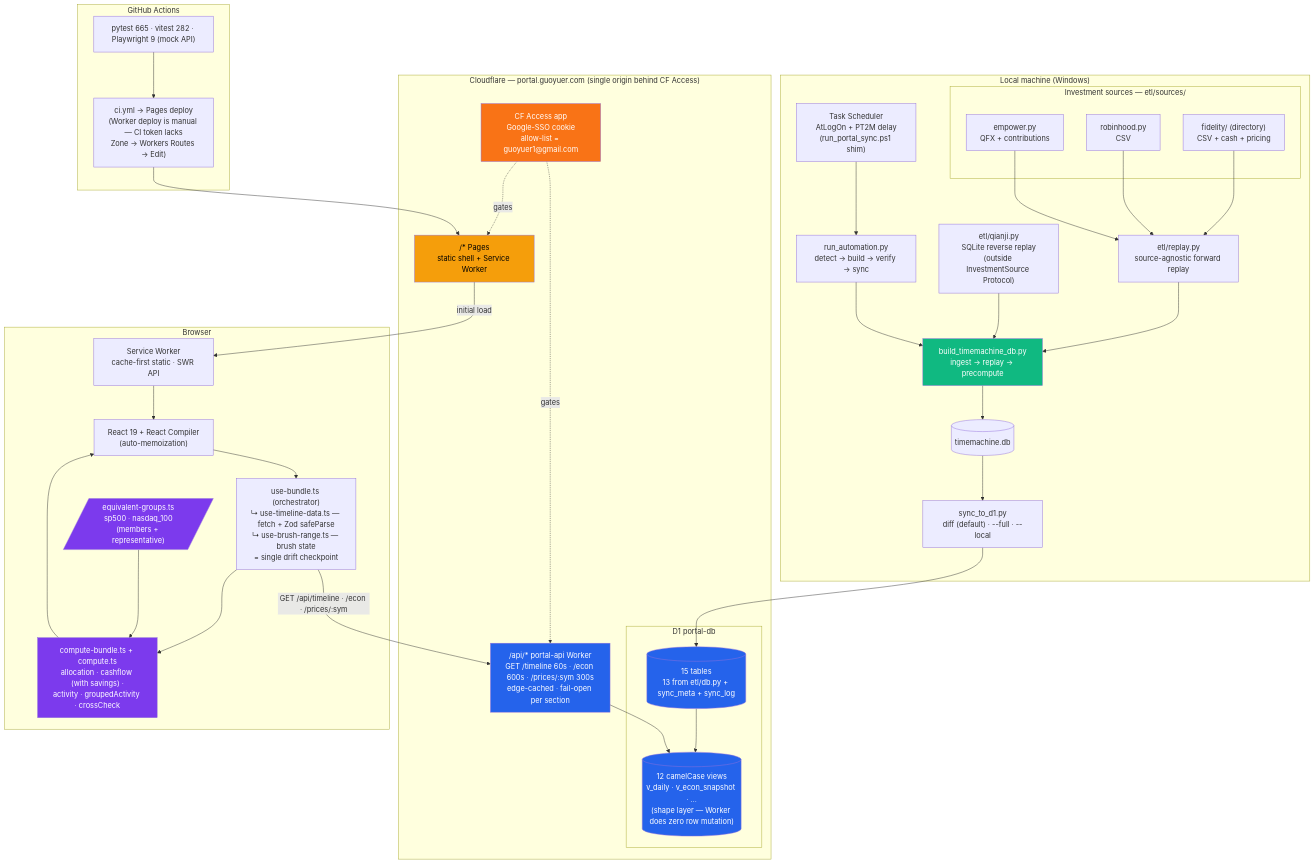
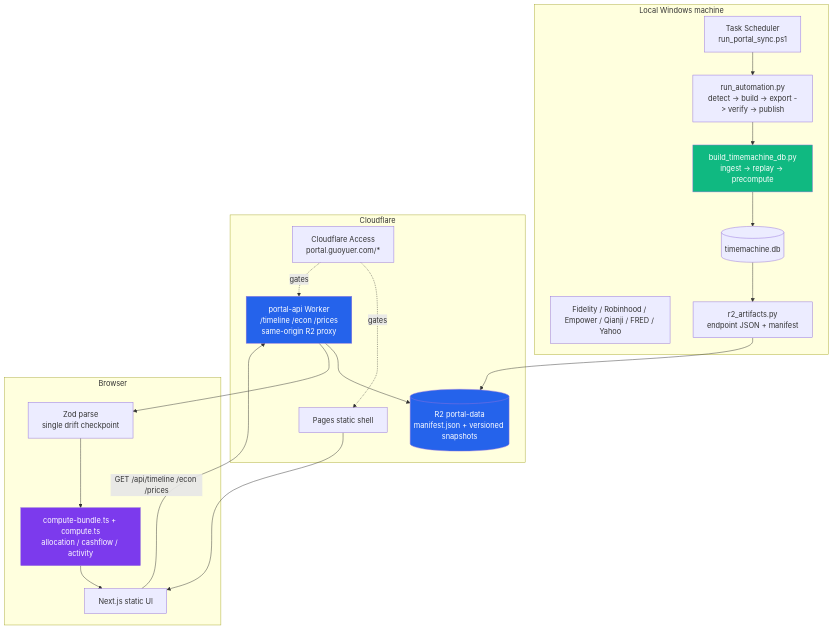
Before and after one commit to Guoyuer/portal: the first of 2 diagrams in README.md, drawn with Mermaid. The commit also changed other lines of this file and 64 other files, not shown here.

````diff
--- a/README.md
+++ b/README.md
@@ -9,65 +9,35 @@
 ```mermaid
 graph TB
-    subgraph Local["Local machine (Windows)"]
-        TASK["Task Scheduler<br/>AtLogOn + PT2M delay<br/>(run_portal_sync.ps1 shim)"]
-        AUTO["run_automation.py<br/>detect → build → verify → sync"]
-        subgraph Sources["Investment sources — etl/sources/"]
-            FID["fidelity/ (directory)<br/>CSV + cash + pricing"]
-            RH["robinhood.py<br/>CSV"]
-            EMP["empower.py<br/>QFX + contributions"]
-        end
-        QJ["etl/qianji.py<br/>SQLite reverse replay<br/>(outside InvestmentSource Protocol)"]
-        REPLAY["etl/replay.py<br/>source-agnostic forward replay"]
-        BUILD["build_timemachine_db.py<br/>ingest → replay → precompute"]
+    subgraph Local["Local Windows machine"]
+        TASK["Task Scheduler<br/>run_portal_sync.ps1"]
+        AUTO["run_automation.py<br/>detect -> build -> export -> verify -> publish"]
+        SOURCES["Fidelity / Robinhood / Empower / Qianji / FRED / Yahoo"]
+        BUILD["build_timemachine_db.py<br/>ingest -> replay -> precompute"]
         DB[(timemachine.db)]
-        SYNC["sync_to_d1.py<br/>diff (default) · --full · --local"]
+        ART["r2_artifacts.py<br/>endpoint JSON + manifest"]
     end
 
-    subgraph Cloud["Cloudflare — portal.guoyuer.com (single origin behind CF Access)"]
-        ACCESS["CF Access app<br/>Google-SSO cookie<br/>allow-list = guoyuer1@gmail.com"]
-        PAGES["/* Pages<br/>static shell + Service Worker"]
-        WAPI["/api/* portal-api Worker<br/>GET /timeline 60s · /econ 600s · /prices/:sym 300s<br/>edge-cached · fail-open per section"]
-        subgraph D1Layer["D1 portal-db"]
-            TABLES[(15 tables<br/>13 from etl/db.py + sync_meta + sync_log)]
-            VIEWS[("12 camelCase views<br/>v_daily · v_econ_snapshot · …<br/>(shape layer — Worker does zero row mutation)")]
-            TABLES --> VIEWS
-        end
+    subgraph Cloud["Cloudflare"]
+        R2[(R2 portal-data<br/>manifest.json + versioned snapshots)]
+        WORKER["portal-api Worker<br/>/timeline /econ /prices<br/>same-origin R2 proxy"]
+        PAGES["Pages static shell"]
+        ACCESS["Cloudflare Access<br/>portal.guoyuer.com/*"]
     end
 
     subgraph Browser["Browser"]
-        SW["Service Worker<br/>cache-first static · SWR API"]
-        BUNDLE["use-bundle.ts (orchestrator)<br/>↳ use-timeline-data.ts — fetch + Zod safeParse<br/>↳ use-brush-range.ts — brush state<br/>= single drift checkpoint"]
-        COMPUTE["compute-bundle.ts + compute.ts<br/>allocation · cashflow (with savings) ·<br/>activity · groupedActivity · crossCheck"]
-        GROUPS[/"equivalent-groups.ts<br/>sp500 · nasdaq_100<br/>(members + representative)"/]
-        UI["React 19 + React Compiler<br/>(auto-memoization)"]
+        ZOD["Zod parse<br/>single drift checkpoint"]
+        COMPUTE["compute-bundle.ts + compute.ts<br/>allocation / cashflow / activity"]
+        UI["Next.js static UI"]
     end
 
-    subgraph CI["GitHub Actions"]
-        CI_TEST["pytest 665 · vitest 282 · Playwright 9 (mock API)"]
-        CI_DEPLOY["ci.yml → Pages deploy<br/>(Worker deploy is manual — CI token lacks<br/>Zone → Workers Routes → Edit)"]
-    end
+    TASK --> AUTO --> BUILD --> DB --> ART --> R2
+    PAGES --> UI
+    ACCESS -.gates.-> PAGES & WORKER
+    UI -->|"GET /api/timeline /econ /prices"| WORKER --> R2
+    WORKER --> ZOD --> COMPUTE --> UI
 
-    FID & RH & EMP --> REPLAY
-    REPLAY --> BUILD
-    QJ --> BUILD
-    TASK --> AUTO --> BUILD --> DB --> SYNC --> TABLES
-
-    ACCESS -.gates.-> PAGES & WAPI
-    PAGES -->|initial load| SW --> UI
-    UI --> BUNDLE
-    BUNDLE --> COMPUTE --> UI
-    GROUPS --> COMPUTE
-    BUNDLE -->|"GET /api/timeline · /econ · /prices/:sym"| WAPI
-    WAPI --> VIEWS
-
-    CI_TEST --> CI_DEPLOY --> PAGES
-
+    style R2 fill:#2563eb,color:#fff
+    style WORKER fill:#2563eb,color:#fff
     style BUILD fill:#10b981,color:#fff
-    style WAPI fill:#2563eb,color:#fff
-    style PAGES fill:#f59e0b,color:#000
-    style ACCESS fill:#f97316,color:#fff
-    style TABLES fill:#2563eb,color:#fff
-    style VIEWS fill:#2563eb,color:#fff
     style COMPUTE fill:#7c3aed,color:#fff
-    style GROUPS fill:#7c3aed,color:#fff
 ```
````
